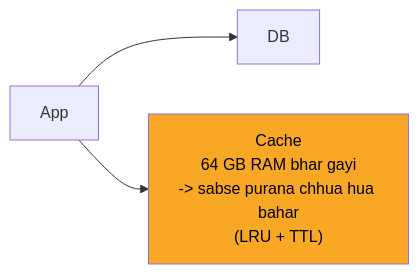
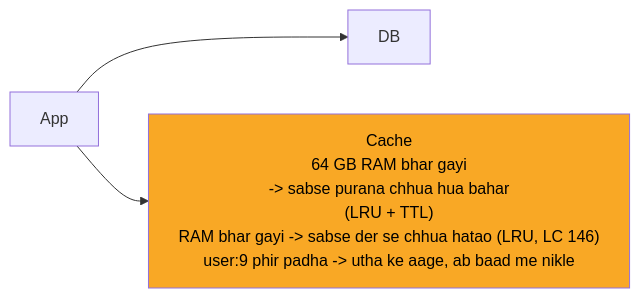
One commit to ArpanMaheshwari144/Prep changed the second of 8 diagrams in 04_HLD/SYSTEM_DESIGNS/10_distributed_cache/10_distributed_cache.md. Above: the diagram before and after it, drawn with Mermaid. The commit also changed other lines of this file and 12 other files, not shown here.

Commit message:
hld 02-14: peele dabbe me SAFAR ke mod + diagram chauda (wrappingWidth 450)

````diff
--- a/04_HLD/SYSTEM_DESIGNS/10_distributed_cache/10_distributed_cache.md
+++ b/04_HLD/SYSTEM_DESIGNS/10_distributed_cache/10_distributed_cache.md
@@ -105,9 +106,10 @@
 ```mermaid
+%%{init: {"flowchart": {"wrappingWidth": 450}}}%%
 flowchart LR
     n_App["App"]
     n_DB["DB"]
-    n_Cache["Cache<br/>64 GB RAM bhar gayi<br/>-> sabse purana chhua hua bahar<br/>(LRU + TTL)"]
+    n_Cache["Cache<br/>64 GB RAM bhar gayi<br/>-> sabse purana chhua hua bahar<br/>(LRU + TTL)<br/>RAM bhar gayi -> sabse der se chhua hatao (LRU, LC 146)<br/>user:9 phir padha -> utha ke aage, ab baad me nikle"]
     n_App --> n_DB
     n_App --> n_Cache
     style n_Cache fill:#f9a825,color:#000
 ```
````
